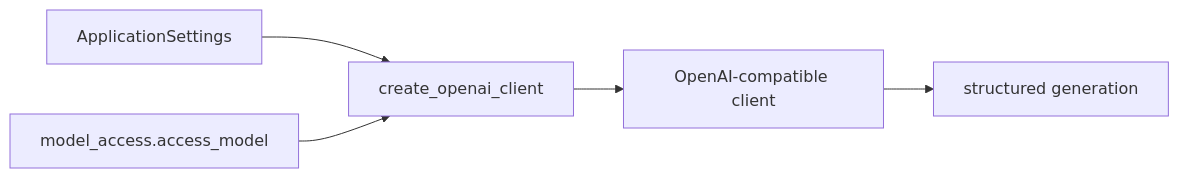
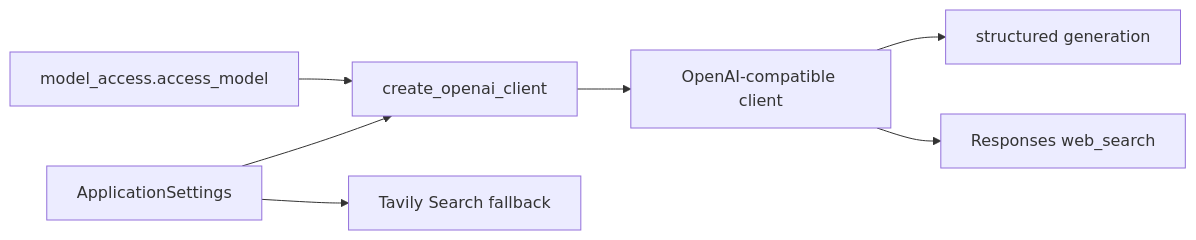
Before and after one commit to nikolabakic/Banking-Technology-and-Operational-Risk-Intelligence-Assistant: the diagram in src/bankscope/llm/README.md, drawn with Mermaid. The commit also changed other lines of this file and 45 other files, not shown here.

Commit message:
Add general chat web search and calculator tools

````diff
--- a/src/bankscope/llm/README.md
+++ b/src/bankscope/llm/README.md
@@ -5,7 +5,9 @@
 ```mermaid
 flowchart LR
     Settings[ApplicationSettings] --> Factory[create_openai_client]
     Corporate[model_access.access_model] --> Factory
     Factory --> Client[OpenAI-compatible client]
     Client --> Generation[structured generation]
+    Client --> Web[Responses web_search]
+    Settings --> Tavily[Tavily Search fallback]
 ```
````
